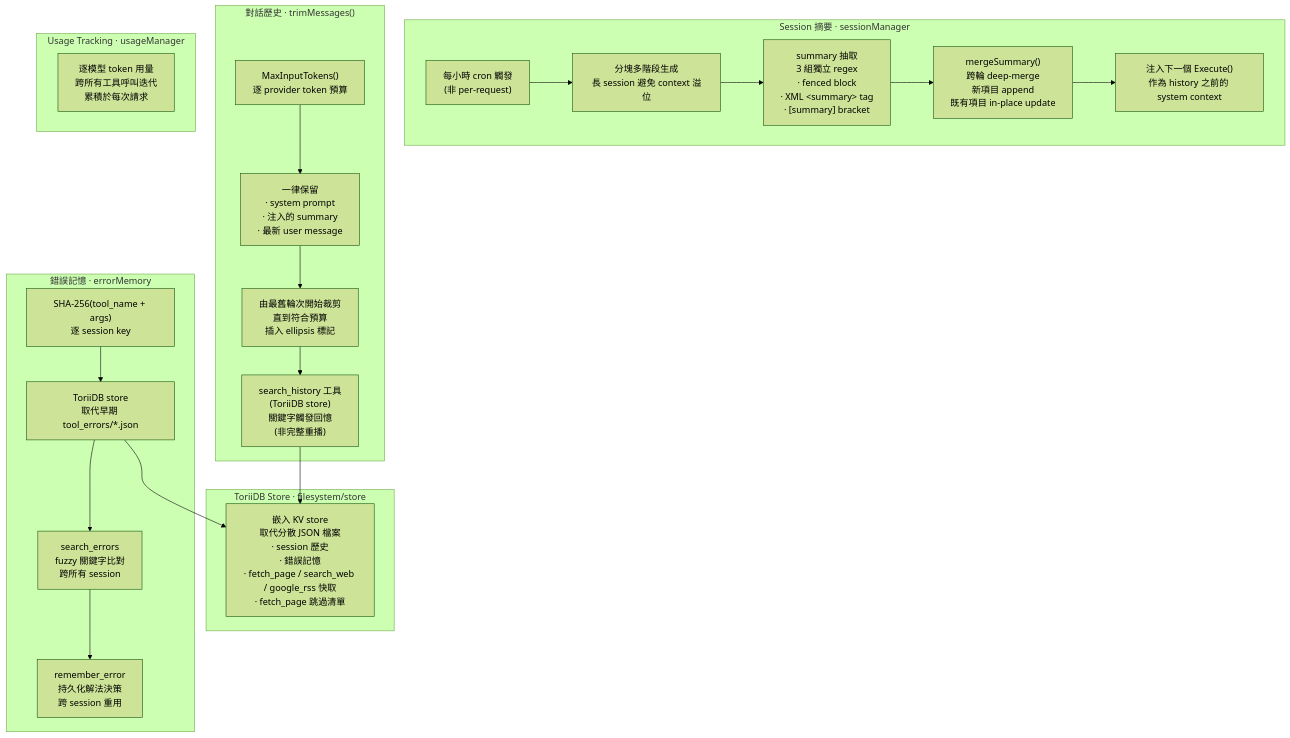
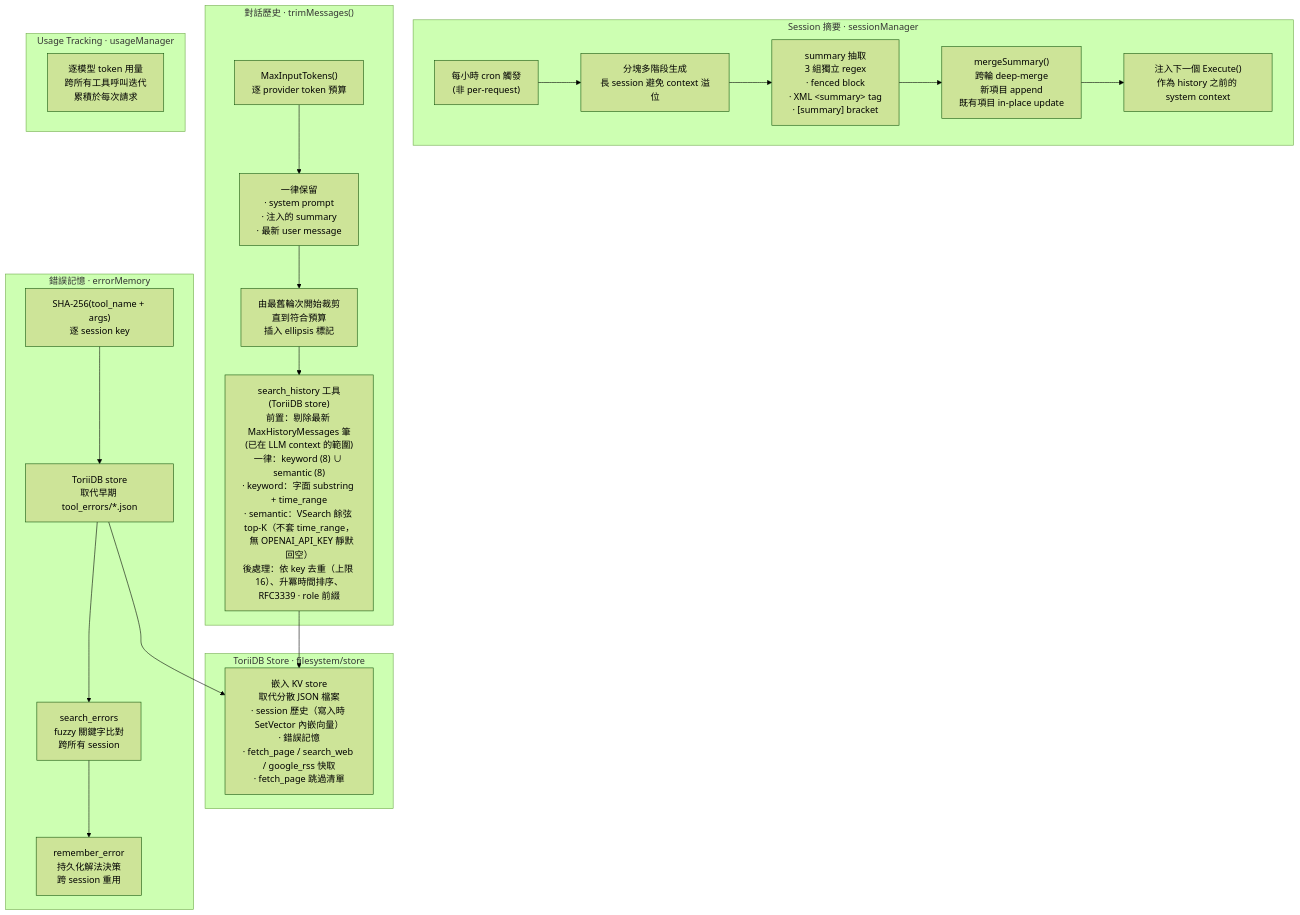
The eighth of 9 diagrams in doc/architecture.zh.md (pardnchiu/Agenvoy), drawn with Mermaid (forest theme) before and after one commit. The commit also changed 14 other files, not shown here.

Commit message:
update: Upgrade ToriiDB to v0.5.1 and add semantic search to search_history

````diff
--- a/doc/architecture.zh.md
+++ b/doc/architecture.zh.md
@@ -377,41 +377,41 @@
 ```mermaid
 flowchart TD
     subgraph SessionSummary ["Session 摘要 · sessionManager"]
         SumCron["每小時 cron 觸發\n(非 per-request)"]
         SumChunk["分塊多階段生成\n長 session 避免 context 溢位"]
         SumExtract["summary 抽取\n3 組獨立 regex\n· fenced block\n· XML &lt;summary&gt; tag\n· [summary] bracket"]
         SumMerge["mergeSummary()\n跨輪 deep-merge\n新項目 append\n既有項目 in-place update"]
         SumInject["注入下一個 Execute()\n作為 history 之前的 system context"]
     end
 
     subgraph HistoryTrim ["對話歷史 · trimMessages()"]
         Budget["MaxInputTokens()\n逐 provider token 預算"]
         Preserve["一律保留\n· system prompt\n· 注入的 summary\n· 最新 user message"]
         Trim["由最舊輪次開始裁剪\n直到符合預算\n插入 ellipsis 標記"]
-        SearchHist["search_history 工具\n(ToriiDB store)\n關鍵字觸發回憶\n(非完整重播)"]
+        SearchHist["search_history 工具\n(ToriiDB store)\n前置：剔除最新 MaxHistoryMessages 筆\n(已在 LLM context 的範圍)\n一律：keyword (8) ∪ semantic (8)\n· keyword：字面 substring + time_range\n· semantic：VSearch 餘弦 top-K（不套 time_range，\n  無 OPENAI_API_KEY 靜默回空）\n後處理：依 key 去重（上限 16）、升冪時間排序、\nRFC3339 · role 前綴"]
     end
 
     subgraph ToriiStore ["ToriiDB Store · filesystem/store"]
-        TS["嵌入 KV store\n取代分散 JSON 檔案\n· session 歷史\n· 錯誤記憶\n· fetch_page / search_web / google_rss 快取\n· fetch_page 跳過清單"]
+        TS["嵌入 KV store\n取代分散 JSON 檔案\n· session 歷史（寫入時 SetVector 內嵌向量）\n· 錯誤記憶\n· fetch_page / search_web / google_rss 快取\n· fetch_page 跳過清單"]
     end
 
     subgraph ErrorMemory ["錯誤記憶 · errorMemory"]
         ErrHash["SHA-256(tool_name + args)\n逐 session key"]
         ErrStore["ToriiDB store\n取代早期 tool_errors/*.json"]
         ErrRecall["search_errors\nfuzzy 關鍵字比對\n跨所有 session"]
         ErrResolve["remember_error\n持久化解法決策\n跨 session 重用"]
     end
 
     subgraph UsageTracking ["Usage Tracking · usageManager"]
         UT["逐模型 token 用量\n跨所有工具呼叫迭代\n累積於每次請求"]
     end
 
     SumCron --> SumChunk --> SumExtract --> SumMerge --> SumInject
     Budget --> Preserve --> Trim
     Trim --> SearchHist
     SearchHist --> TS
     ErrHash --> ErrStore
     ErrStore --> TS
     ErrStore --> ErrRecall
     ErrRecall --> ErrResolve
 ```
````
